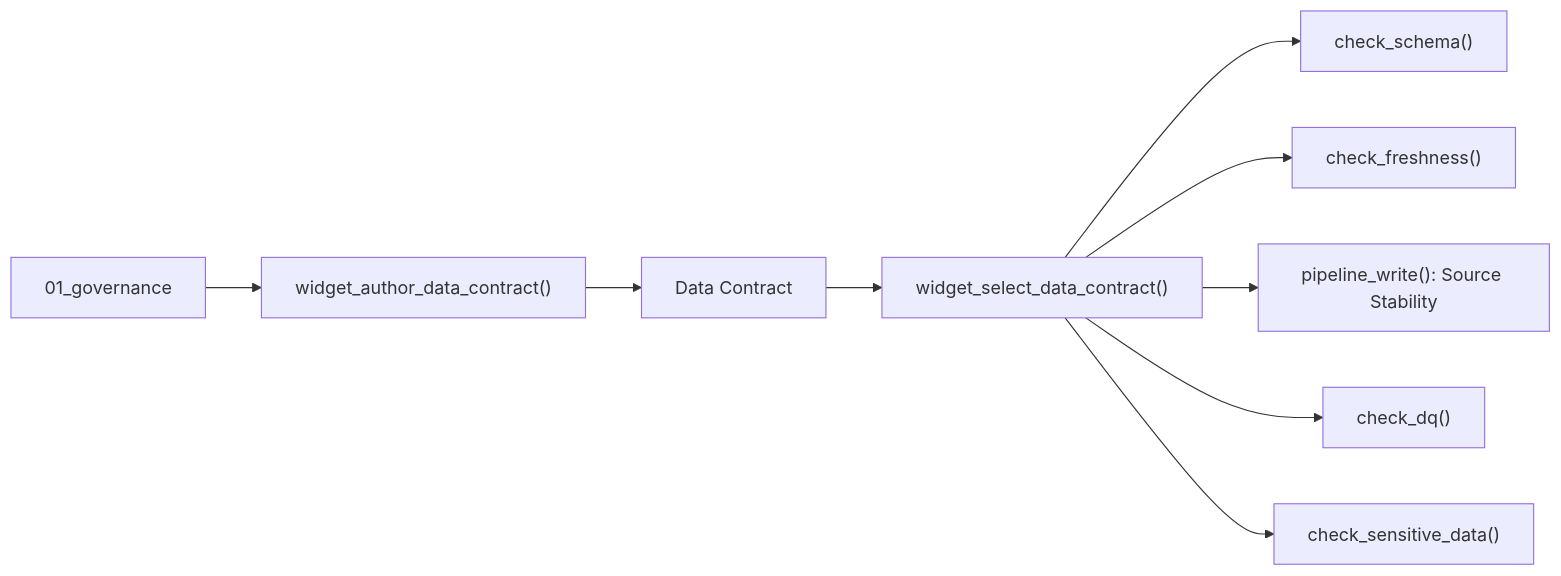
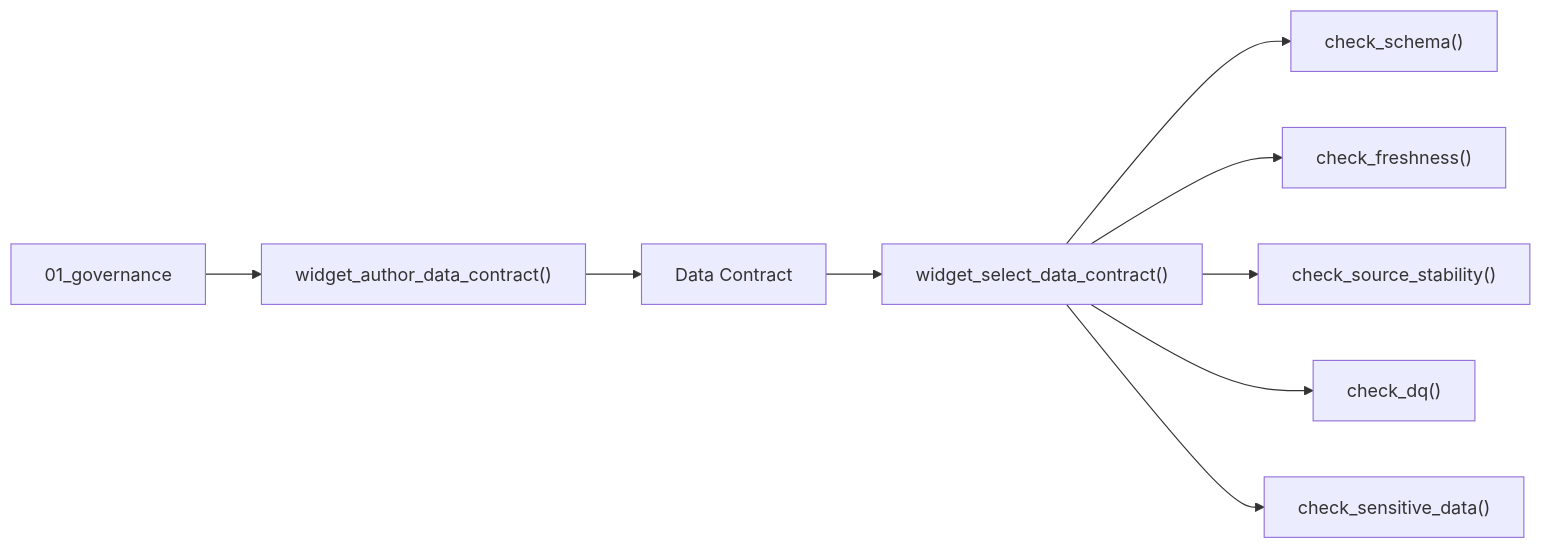
The fourth of 5 diagrams in docs/how-fabricops-works.md (Voycepeh/FabricOps-Starter-Kit), drawn with Mermaid before and after one commit. The commit also changed other lines of this file and 22 other files, not shown here.

````diff
--- a/docs/how-fabricops-works.md
+++ b/docs/how-fabricops-works.md
@@ -199,11 +202,11 @@
 ```mermaid
 flowchart LR
     GOV["01_governance"] --> AUTHOR["widget_author_data_contract()"]
     AUTHOR --> CONTRACT["Data Contract"]
     CONTRACT --> SELECT["widget_select_data_contract()"]
     SELECT --> SCHEMA["check_schema()"]
     SELECT --> FRESH["check_freshness()"]
-    SELECT --> STABILITY["pipeline_write(): Source Stability"]
+    SELECT --> STABILITY["check_source_stability()"]
     SELECT --> DQ["check_dq()"]
     SELECT --> SENSITIVE["check_sensitive_data()"]
 ```
````
